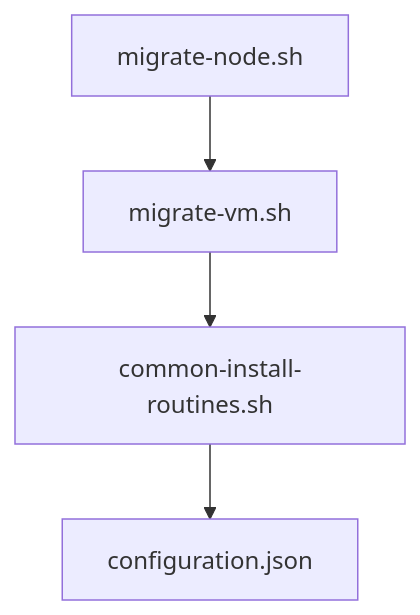
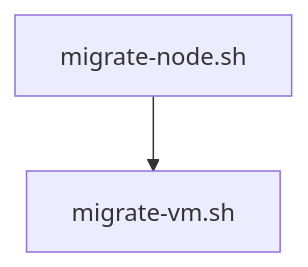
One commit to TAPPaaS/TAPPaaS changed the seventh of 13 diagrams in src/foundation/DEPENDENCIES.md. Above: the diagram before and after it, drawn with Mermaid. The commit also changed other lines of this file and 11 other files, not shown here.

````diff
--- a/src/foundation/DEPENDENCIES.md
+++ b/src/foundation/DEPENDENCIES.md
@@ -216,6 +277,4 @@
 ```mermaid
 graph TD
     A["migrate-node.sh"] --> B["migrate-vm.sh"]
-    B --> C["common-install-routines.sh"]
-    C --> D["configuration.json"]
 ```
````
